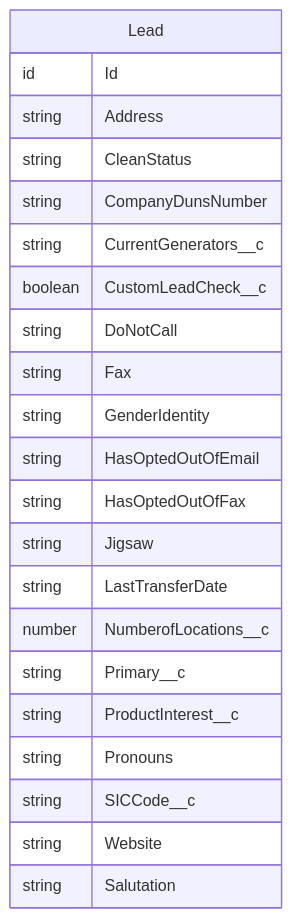
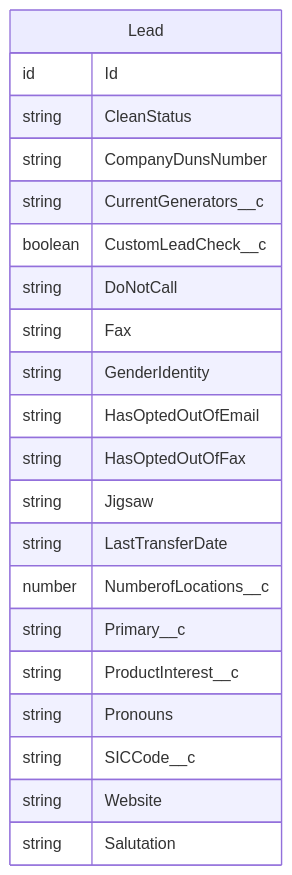
One commit to jdschleicher/Salesforce-Data-Treecipe changed the diagram in src/treecipe/src/ExtensionCommandService/tests/golden/faker-js/GeneratedRecipes/recipe-fakerjs-{TIMESTAMP}/Lead-ONLY/mermaid-erd--Lead-ONLY-{TIMESTAMP}.md. Above: the diagram before and after it, drawn with Mermaid. The commit also changed 46 other files, not shown here.

````diff
--- a/src/treecipe/src/ExtensionCommandService/tests/golden/faker-js/GeneratedRecipes/recipe-fakerjs-{TIMESTAMP}/Lead-ONLY/mermaid-erd--Lead-ONLY-{TIMESTAMP}.md
+++ b/src/treecipe/src/ExtensionCommandService/tests/golden/faker-js/GeneratedRecipes/recipe-fakerjs-{TIMESTAMP}/Lead-ONLY/mermaid-erd--Lead-ONLY-{TIMESTAMP}.md
@@ -14,26 +14,25 @@
 ```mermaid
 erDiagram
     Lead {
         id Id
-        string Address
         string CleanStatus
         string CompanyDunsNumber
         string CurrentGenerators__c
         boolean CustomLeadCheck__c
         string DoNotCall
         string Fax
         string GenderIdentity
         string HasOptedOutOfEmail
         string HasOptedOutOfFax
         string Jigsaw
         string LastTransferDate
         number NumberofLocations__c
         string Primary__c
         string ProductInterest__c
         string Pronouns
         string SICCode__c
         string Website
         string Salutation
     }
 
 ```
````
